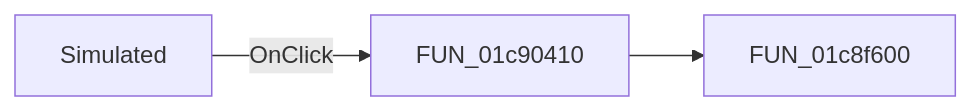
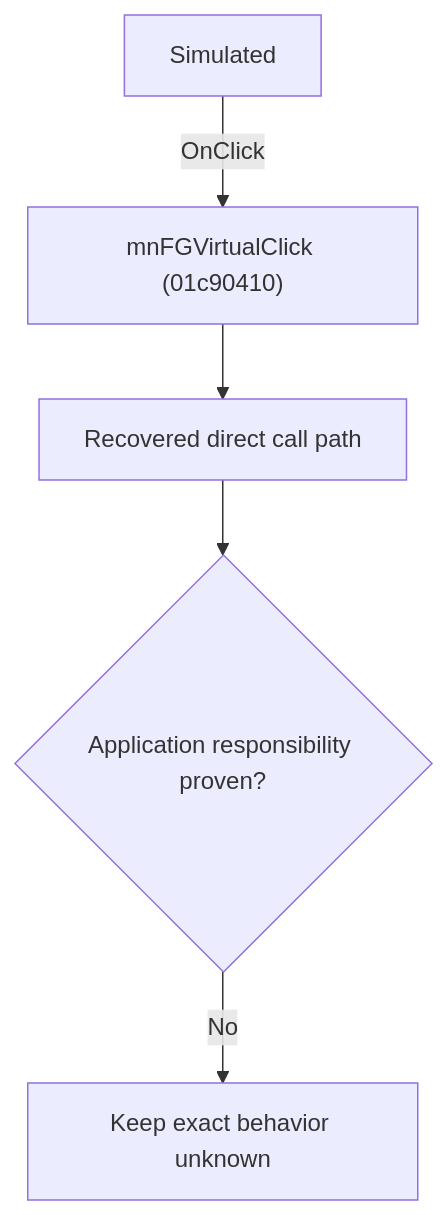
One commit to MovGP0/TIARA changed the diagram in docs/ui-controls/schematiceditor/mnfgvirtual-e0bfb2580d.md. Above: the diagram before and after it, drawn with Mermaid. The commit also changed other lines of this file and 1062 other files, not shown here.

````diff
--- a/docs/ui-controls/schematiceditor/mnfgvirtual-e0bfb2580d.md
+++ b/docs/ui-controls/schematiceditor/mnfgvirtual-e0bfb2580d.md
@@ -27,5 +27,7 @@
 ```mermaid
-flowchart LR
-    control["Simulated"] -->|OnClick| handler["FUN_01c90410"]
-    handler --> call1["FUN_01c8f600"]
+flowchart TD
+    control["Simulated"] -->|"OnClick"| handler["mnFGVirtualClick (01c90410)"]
+    handler --> recovered["Recovered direct call path"]
+    recovered --> gap{"Application responsibility proven?"}
+    gap -->|"No"| blocked["Keep exact behavior unknown"]
 ```
````
